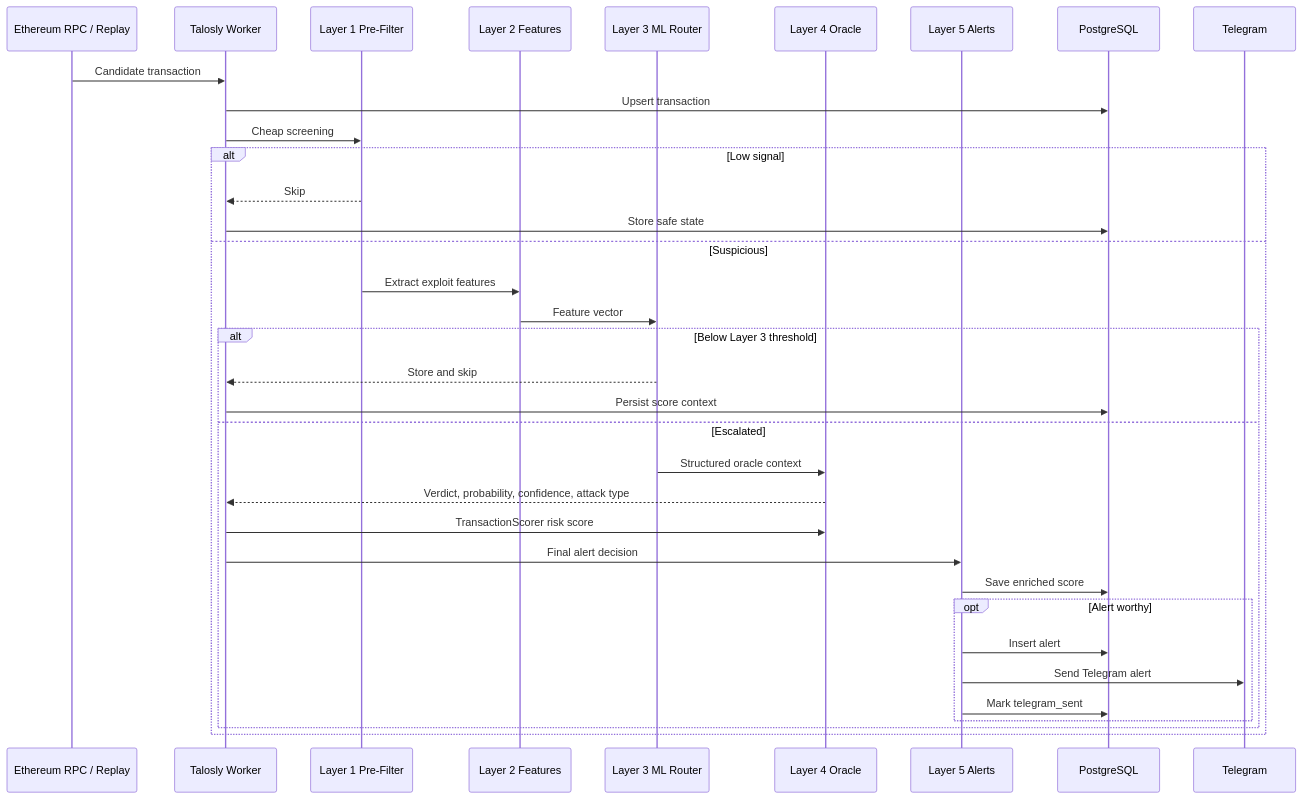
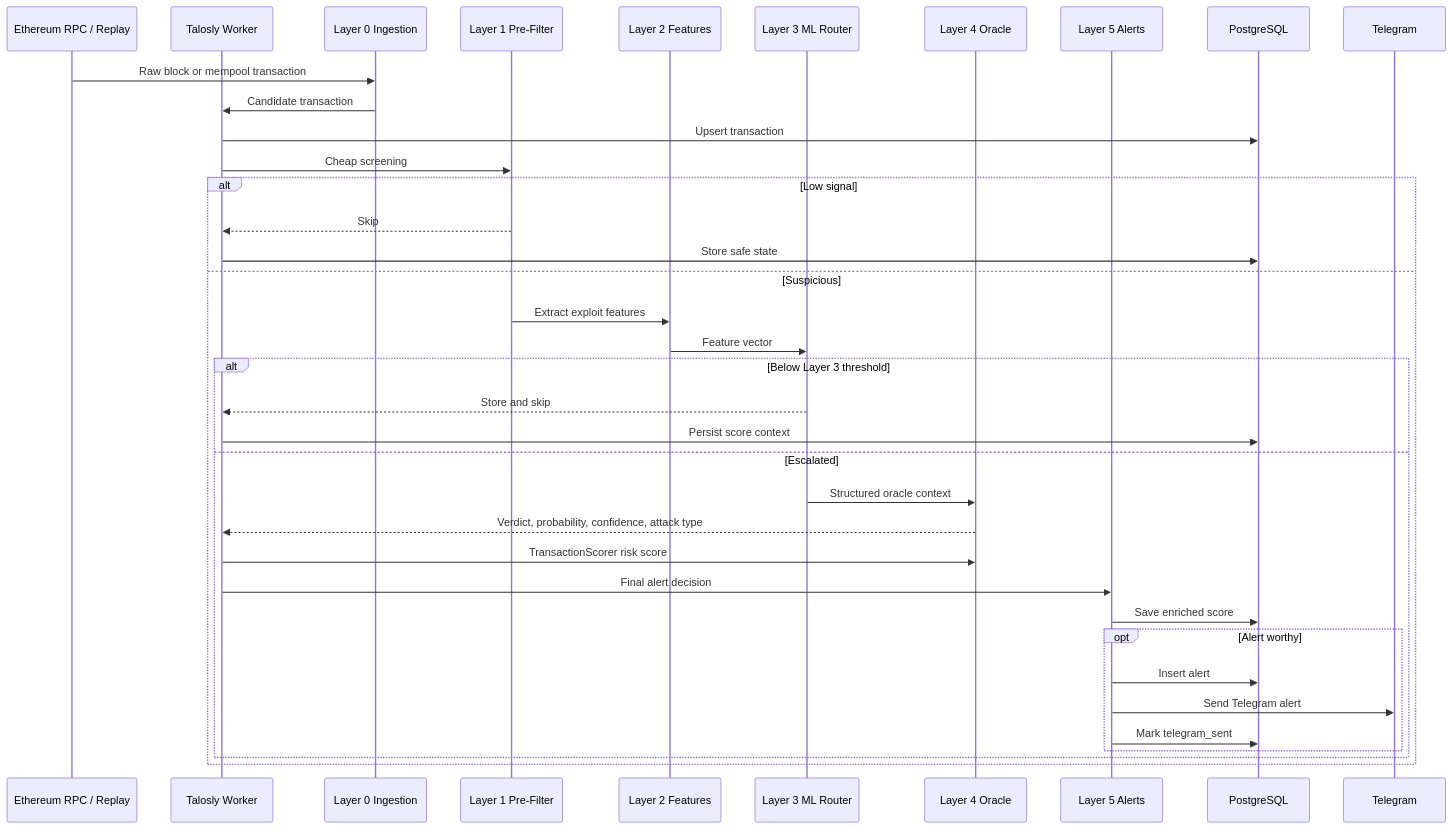
One commit to hasansazly/Talosly-startup changed the second of 6 diagrams in README.md. Above: the diagram before and after it, drawn with Mermaid. The commit also changed other lines of this file, not shown here.

````diff
--- a/README.md
+++ b/README.md
@@ -95,38 +97,40 @@
 ```mermaid
 sequenceDiagram
   participant Chain as Ethereum RPC / Replay
   participant Worker as Talosly Worker
+  participant L0 as Layer 0 Ingestion
   participant L1 as Layer 1 Pre-Filter
   participant L2 as Layer 2 Features
   participant L3 as Layer 3 ML Router
   participant L4 as Layer 4 Oracle
   participant L5 as Layer 5 Alerts
   participant DB as PostgreSQL
   participant TG as Telegram
 
-  Chain->>Worker: Candidate transaction
+  Chain->>L0: Raw block or mempool transaction
+  L0->>Worker: Candidate transaction
   Worker->>DB: Upsert transaction
   Worker->>L1: Cheap screening
   alt Low signal
     L1-->>Worker: Skip
     Worker->>DB: Store safe state
   else Suspicious
     L1->>L2: Extract exploit features
     L2->>L3: Feature vector
     alt Below Layer 3 threshold
       L3-->>Worker: Store and skip
       Worker->>DB: Persist score context
     else Escalated
       L3->>L4: Structured oracle context
       L4-->>Worker: Verdict, probability, confidence, attack type
       Worker->>L4: TransactionScorer risk score
       Worker->>L5: Final alert decision
       L5->>DB: Save enriched score
       opt Alert worthy
         L5->>DB: Insert alert
         L5->>TG: Send Telegram alert
         L5->>DB: Mark telegram_sent
       end
     end
   end
 ```
````
